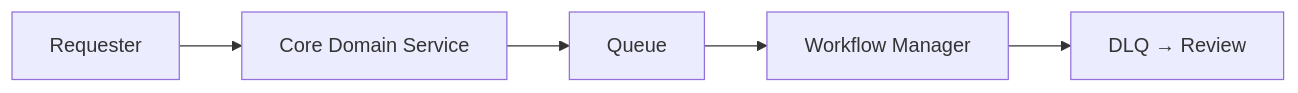
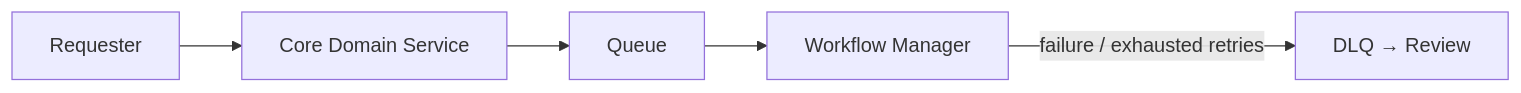
One commit to somebodywastoldme/high-level-design-skill changed the fifth of 10 diagrams in hld-ml-designer/skills/ml-system-hld/references/patterns-product-integration.md. Above: the diagram before and after it, drawn with Mermaid. The commit also changed other lines of this file, not shown here.

Commit message:
fix: correct dead-letter review flows

````diff
--- a/hld-ml-designer/skills/ml-system-hld/references/patterns-product-integration.md
+++ b/hld-ml-designer/skills/ml-system-hld/references/patterns-product-integration.md
@@ -67,4 +67,5 @@
 ```mermaid
 flowchart LR
-  requester["Requester"] --> domain["Core Domain Service"] --> queue["Queue"] --> workflow["Workflow Manager"] --> review["DLQ → Review"]
+  requester["Requester"] --> domain["Core Domain Service"] --> queue["Queue"] --> workflow["Workflow Manager"]
+  workflow -->|failure / exhausted retries| review["DLQ → Review"]
 ```
````
